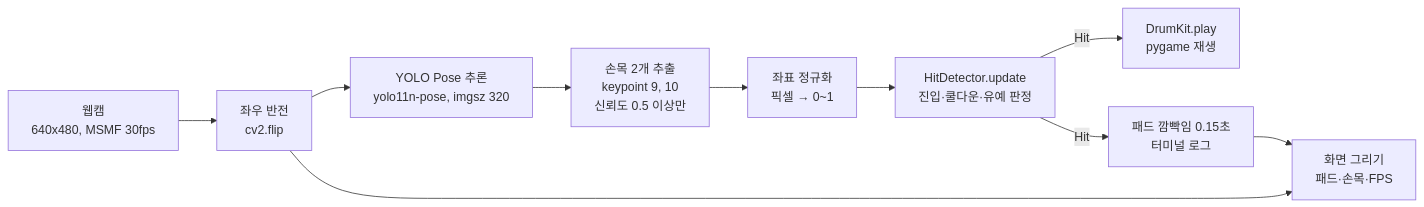
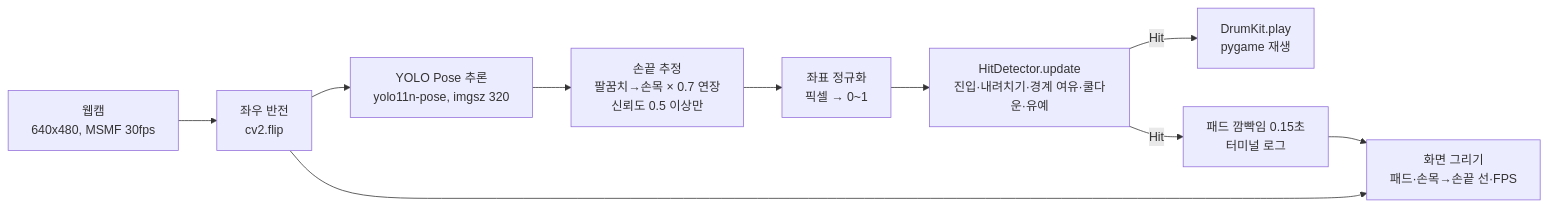
Before and after one commit to eple-lab/yolo-beat: the first of 3 diagrams in docs/02-architecture.md, drawn with Mermaid. The commit also changed other lines of this file and 13 other files, not shown here.

````diff
--- a/docs/02-architecture.md
+++ b/docs/02-architecture.md
@@ -7,12 +7,12 @@
 ```mermaid
 flowchart LR
     A[웹캠<br/>640x480, MSMF 30fps] --> B[좌우 반전<br/>cv2.flip]
     B --> C[YOLO Pose 추론<br/>yolo11n-pose, imgsz 320]
-    C --> D[손목 2개 추출<br/>keypoint 9, 10<br/>신뢰도 0.5 이상만]
+    C --> D[손끝 추정<br/>팔꿈치→손목 × 0.7 연장<br/>신뢰도 0.5 이상만]
     D --> E[좌표 정규화<br/>픽셀 → 0~1]
-    E --> F[HitDetector.update<br/>진입·쿨다운·유예 판정]
+    E --> F[HitDetector.update<br/>진입·내려치기·경계 여유·쿨다운·유예]
     F -->|Hit| G[DrumKit.play<br/>pygame 재생]
     F -->|Hit| H[패드 깜빡임 0.15초<br/>터미널 로그]
-    B --> I[화면 그리기<br/>패드·손목·FPS]
+    B --> I[화면 그리기<br/>패드·손목→손끝 선·FPS]
     H --> I
 ```
````
